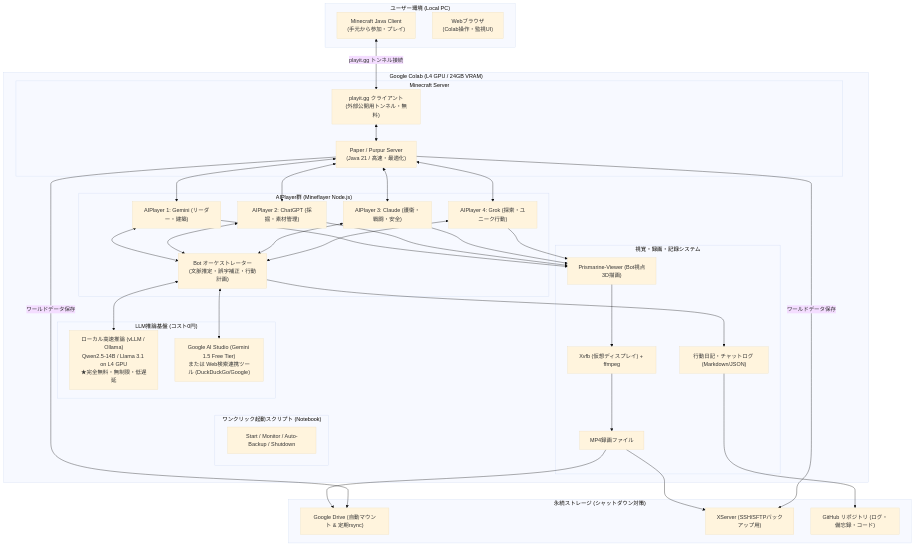
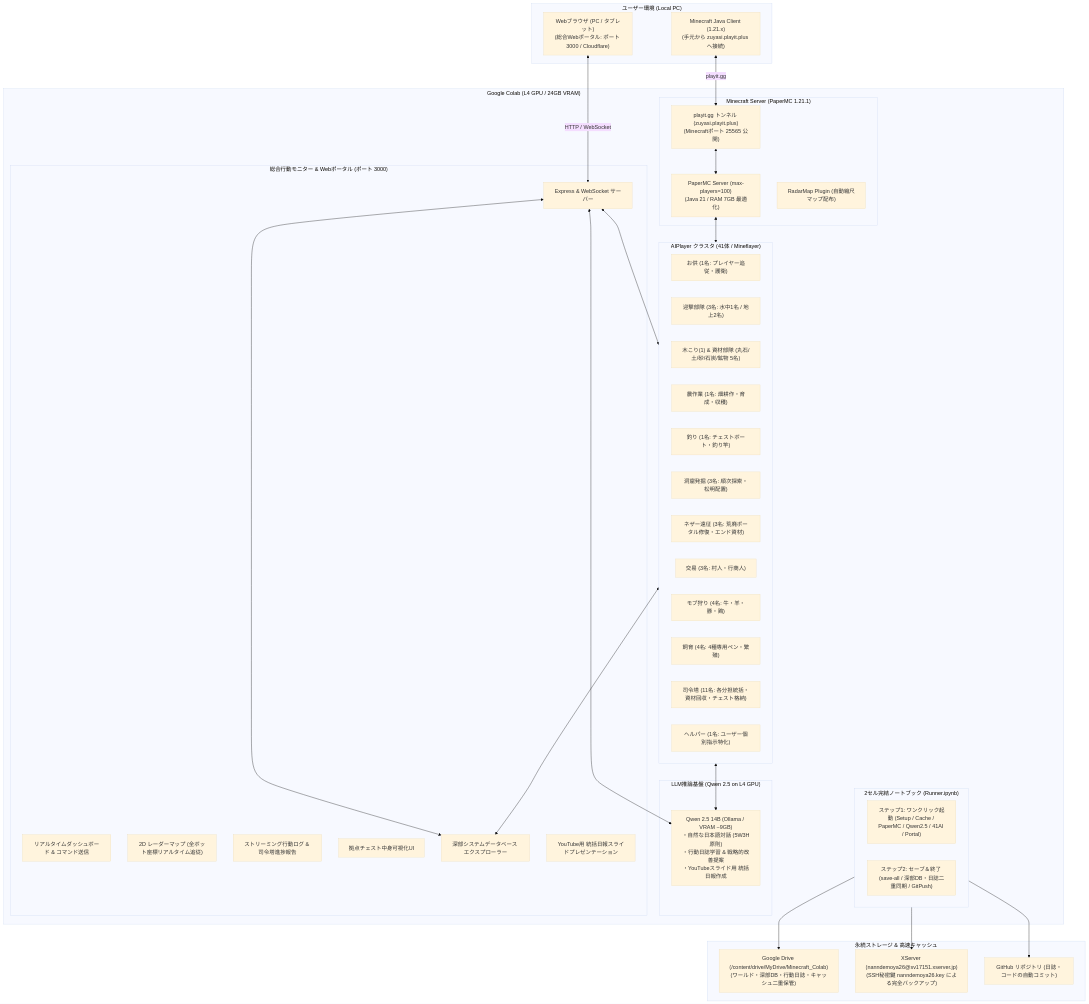
Before and after one commit to 9z2fqjckjv-bot/ColabTool: the diagram in AIMinecraft/PLAN.md, drawn with Mermaid (base theme). The commit also changed other lines of this file and 21 other files, not shown here.

Commit message:
feat: add web portal server and SQLite database support for bot management

````diff
--- a/AIMinecraft/PLAN.md
+++ b/AIMinecraft/PLAN.md
@@ -9,56 +9,64 @@
 ```mermaid
 flowchart TB
     subgraph LocalPC["ユーザー環境 (Local PC)"]
-        MC_Client["Minecraft Java Client\n(手元から参加・プレイ)"]
-        Browser["Webブラウザ\n(Colab操作・監視UI)"]
+        MC_Client["Minecraft Java Client (1.21.x)\n(手元から zuyasi.playit.plus へ接続)"]
+        Browser["Webブラウザ (PC / タブレット)\n(総合Webポータル: ポート 3000 / Cloudflare)"]
     end
 
     subgraph Colab["Google Colab (L4 GPU / 24GB VRAM)"]
-        subgraph Orchestrator["ワンクリック起動スクリプト (Notebook)"]
-            Runner["Start / Monitor / Auto-Backup / Shutdown"]
+        subgraph Orchestrator["2セル完結ノートブック (Runner.ipynb)"]
+            Cell1["ステップ1: ワンクリック起動 (Setup / Cache / PaperMC / Qwen2.5 / 41AI / Portal)"]
+            Cell2["ステップ2: セーブ＆終了 (save-all / 深部DB・日誌二重同期 / GitPush)"]
         end
 
-        subgraph MC_Server["Minecraft Server"]
-            Purpur["Paper / Purpur Server\n(Java 21 / 高速・最適化)"]
-            Tunnel["playit.gg クライアント\n(外部公開用トンネル・無料)"]
+        subgraph MC_Server["Minecraft Server (PaperMC 1.21.1)"]
+            Purpur["PaperMC Server (max-players=100)\n(Java 21 / RAM 7GB 最適化)"]
+            Tunnel["playit.gg トンネル (zuyasi.playit.plus)\n(Minecraftポート 25565 公開)"]
+            Radar["RadarMap Plugin (自動縮尺マップ配布)"]
         end
 
-        subgraph AI_Cluster["AIPlayer群 (Mineflayer Node.js)"]
-            Bot1["AIPlayer 1: Gemini (リーダー・建築)"]
-            Bot2["AIPlayer 2: ChatGPT (採掘・素材管理)"]
-            Bot3["AIPlayer 3: Claude (護衛・戦闘・安全)"]
-            Bot4["AIPlayer 4: Grok (探索・ユニーク行動)"]
-            Brain["Bot オーケストレーター\n(文脈推定・誤字補正・行動計画)"]
+        subgraph AI_Cluster["AIPlayer クラスタ (41体 / Mineflayer)"]
+            Otomo["お供 (1名: プレイヤー追従・護衛)"]
+            Gekitai["迎撃部隊 (3名: 水中1名 / 地上2名)"]
+            Gathering["木こり(1) & 資材部隊 (丸石/土/砂/石炭/鉱物 5名)"]
+            Farming["農作業 (1名: 畑耕作・育成・収穫)"]
+            Fishing["釣り (1名: チェストボート・釣り竿)"]
+            Mining["洞窟発掘 (3名: 順次探索・松明配置)"]
+            Nether["ネザー遠征 (3名: 荒廃ポータル修復・エンド資材)"]
+            Trading["交易 (3名: 村人・行商人)"]
+            Hunting["モブ狩り (4名: 牛・羊・豚・鶏)"]
+            Breeding["飼育 (4名: 4種専用ペン・繁殖)"]
+            Commanders["司令塔 (11名: 各分担統括・資材回収・チェスト格納)"]
+            Helper["ヘルパー (1名: ユーザー個別指示特化)"]
         end
 
-        subgraph LLM_Engine["LLM推論基盤 (コスト0円)"]
-            LocalLLM["ローカル高速推論 (vLLM / Ollama)\nQwen2.5-14B / Llama 3.1 on L4 GPU\n★完全無料・無制限・低遅延"]
-            OnlineAPI["Google AI Studio (Gemini 1.5 Free Tier)\nまたは Web検索連携ツール (DuckDuckGo/Google)"]
+        subgraph LLM_Engine["LLM推論基盤 (Qwen 2.5 on L4 GPU)"]
+            Qwen["Qwen 2.5 14B (Ollama / VRAM ~9GB)\n・自然な日本語対話 (5W3H原則)\n・行動日誌学習 & 戦略的改善提案\n・YouTubeスライド用 統括日報作成"]
         end
 
-        subgraph Recorder["視覚・録画・記録システム"]
-            Viewer["Prismarine-Viewer (Bot視点3D描画)"]
-            Xvfb["Xvfb (仮想ディスプレイ) + ffmpeg"]
-            VideoFile["MP4録画ファイル"]
-            Diary["行動日記・チャットログ (Markdown/JSON)"]
+        subgraph Web_Portal["総合行動モニター & Webポータル (ポート 3000)"]
+            PortalServer["Express & WebSocket サーバー"]
+            Dashboard["リアルタイムダッシュボード & コマンド送信"]
+            RadarMap2D["2D レーダーマップ (全ボット座標リアルタイム追従)"]
+            LogStream["ストリーミング行動ログ & 司令塔進捗報告"]
+            ChestViewer["拠点チェスト中身可視化UI"]
+            DeepDB["深部システムデータベース エクスプローラー"]
+            SlideView["YouTube用 統括日報スライドプレゼンテーション"]
         end
     end
 
-    subgraph Storage["永続ストレージ (シャットダウン対策)"]
-        GDrive["Google Drive (自動マウント & 定期rsync)"]
-        XServer["XServer (SSH/SFTPバックアップ用)"]
-        GitHub["GitHub リポジトリ (ログ・備忘録・コード)"]
+    subgraph Storage["永続ストレージ & 高速キャッシュ"]
+        GDrive["Google Drive (/content/drive/MyDrive/Minecraft_Colab)\n(ワールド・深部DB・行動日誌・キャッシュ二重保管)"]
+        XServer["XServer (nanndemoya26@sv17151.xserver.jp)\n(SSH秘密鍵 nanndemoya26.key による完全バックアップ)"]
+        GitHub["GitHub リポジトリ (日誌・コードの自動コミット)"]
     end
 
     %% Connections
-    MC_Client <-->|playit.gg トンネル接続| Tunnel <--> Purpur
-    Purpur <--> Bot1 & Bot2 & Bot3 & Bot4
-    Bot1 & Bot2 & Bot3 & Bot4 <--> Brain
-    Brain <--> LocalLLM & OnlineAPI
-    Bot1 & Bot2 & Bot3 & Bot4 --> Viewer --> Xvfb --> VideoFile
-    Brain --> Diary
-
-    VideoFile --> GDrive & XServer
-    Purpur -->|ワールドデータ保存| GDrive & XServer
-    Diary --> GitHub
+    MC_Client <-->|playit.gg| Tunnel <--> Purpur
+    Browser <-->|HTTP / WebSocket| PortalServer
+    Purpur <--> AI_Cluster
+    AI_Cluster <--> Qwen
+    AI_Cluster <--> DeepDB
+    PortalServer <--> DeepDB & AI_Cluster & Qwen
+    Orchestrator --> GDrive & XServer & GitHub
 ```
````
